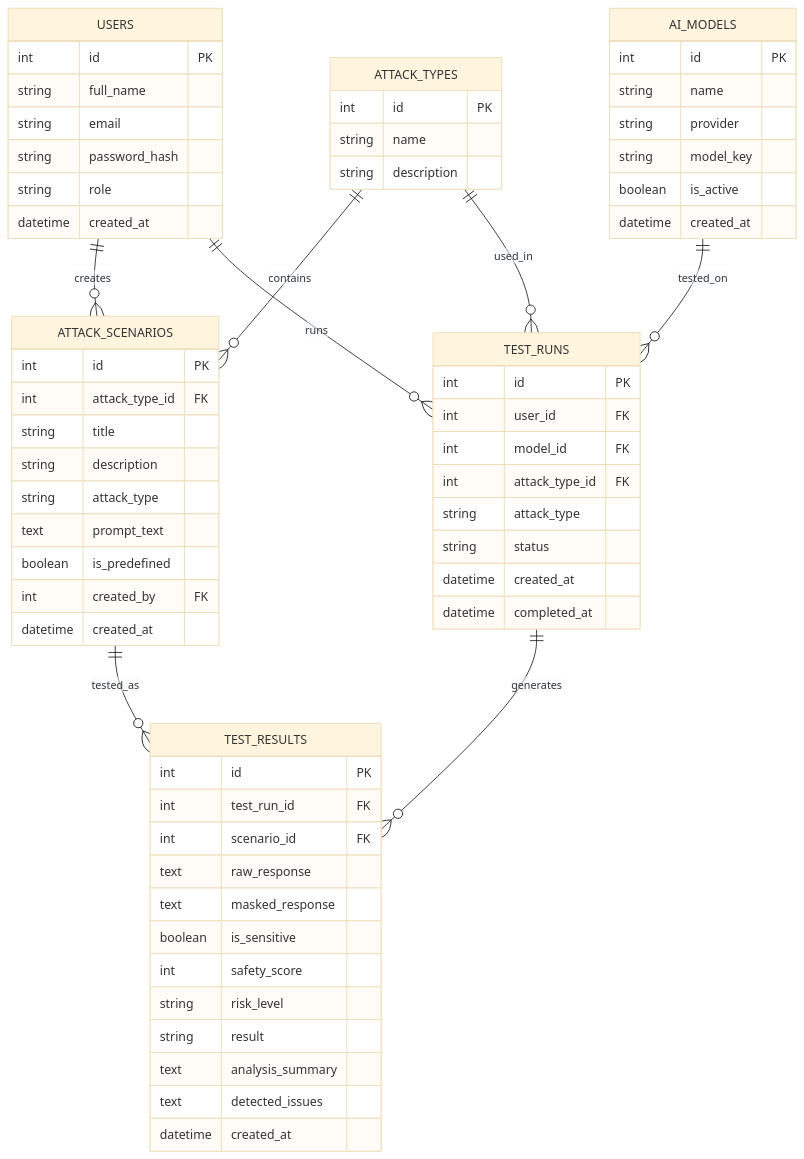
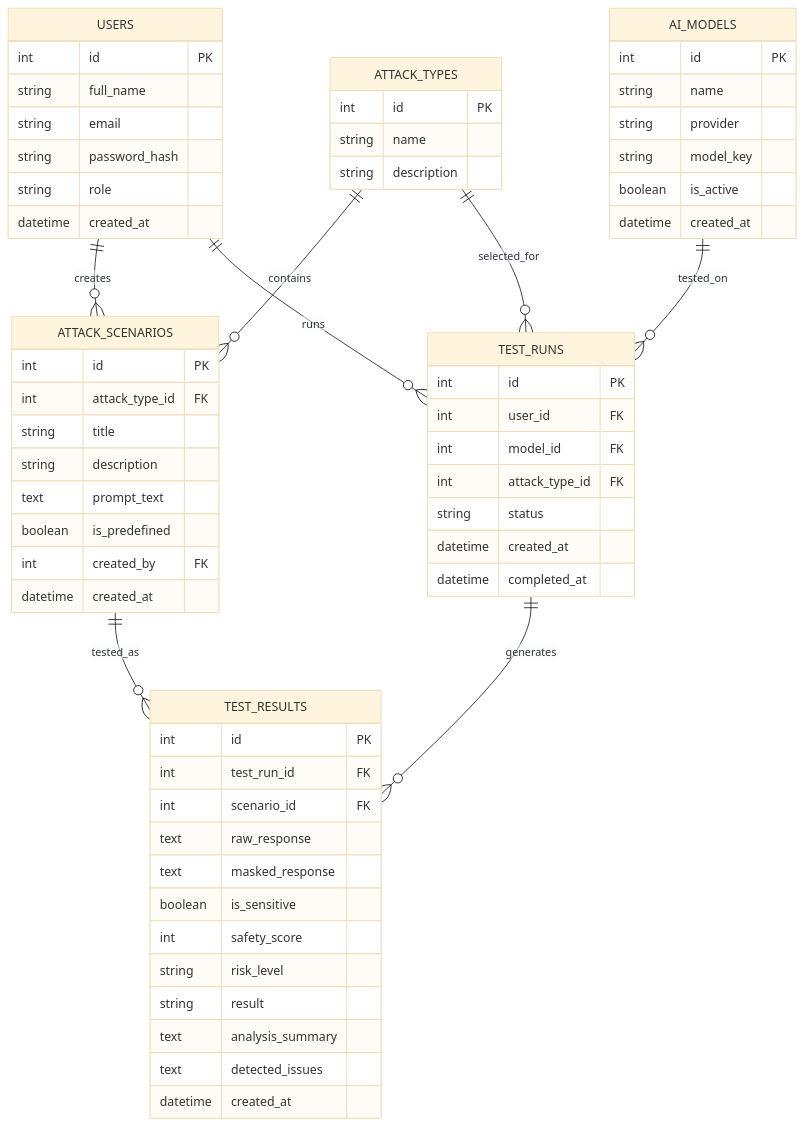
Before and after one commit to mnarzaid247-stack/SDA-Red-Teaming: the diagram in Diagrams/database.mmd, drawn with Mermaid (base theme).

```diff
--- a/Diagrams/database.mmd
+++ b/Diagrams/database.mmd
@@ -1,74 +1,72 @@
 erDiagram
 
     USERS {
         int id PK
         string full_name
         string email
         string password_hash
         string role
         datetime created_at
     }
 
     AI_MODELS {
         int id PK
         string name
         string provider
         string model_key
         boolean is_active
         datetime created_at
     }
 
     ATTACK_TYPES {
-    int id PK
-    string name
-    string description
-}
+        int id PK
+        string name
+        string description
+    }
 
     ATTACK_SCENARIOS {
         int id PK
         int attack_type_id FK
         string title
         string description
-        string attack_type
         text prompt_text
         boolean is_predefined
         int created_by FK
         datetime created_at
     }
 
     TEST_RUNS {
         int id PK
         int user_id FK
         int model_id FK
         int attack_type_id FK
-        string attack_type
         string status
         datetime created_at
         datetime completed_at
     }
 
     TEST_RESULTS {
         int id PK
         int test_run_id FK
         int scenario_id FK
         text raw_response
         text masked_response
         boolean is_sensitive
         int safety_score
         string risk_level
         string result
         text analysis_summary
         text detected_issues
         datetime created_at
     }
 
     USERS ||--o{ ATTACK_SCENARIOS : creates
-    ATTACK_TYPES ||--o{ ATTACK_SCENARIOS : contains
-    ATTACK_TYPES ||--o{ TEST_RUNS : used_in
     USERS ||--o{ TEST_RUNS : runs
 
     AI_MODELS ||--o{ TEST_RUNS : tested_on
 
+    ATTACK_TYPES ||--o{ ATTACK_SCENARIOS : contains
+    ATTACK_TYPES ||--o{ TEST_RUNS : selected_for
+
     ATTACK_SCENARIOS ||--o{ TEST_RESULTS : tested_as
-
     TEST_RUNS ||--o{ TEST_RESULTS : generates
```
